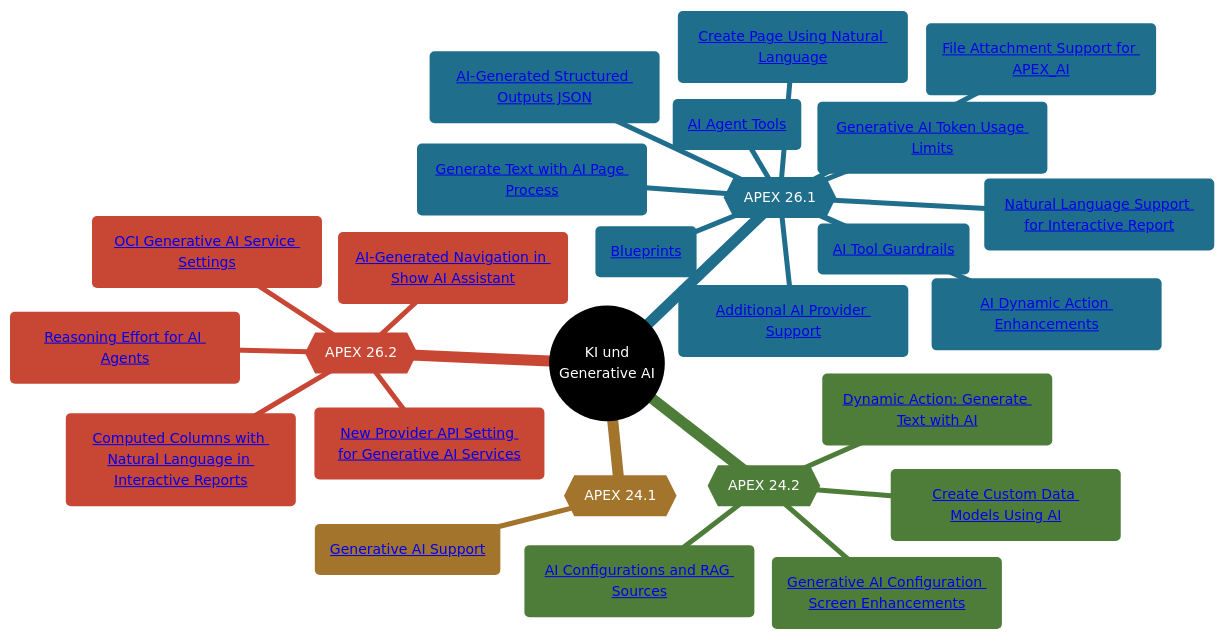
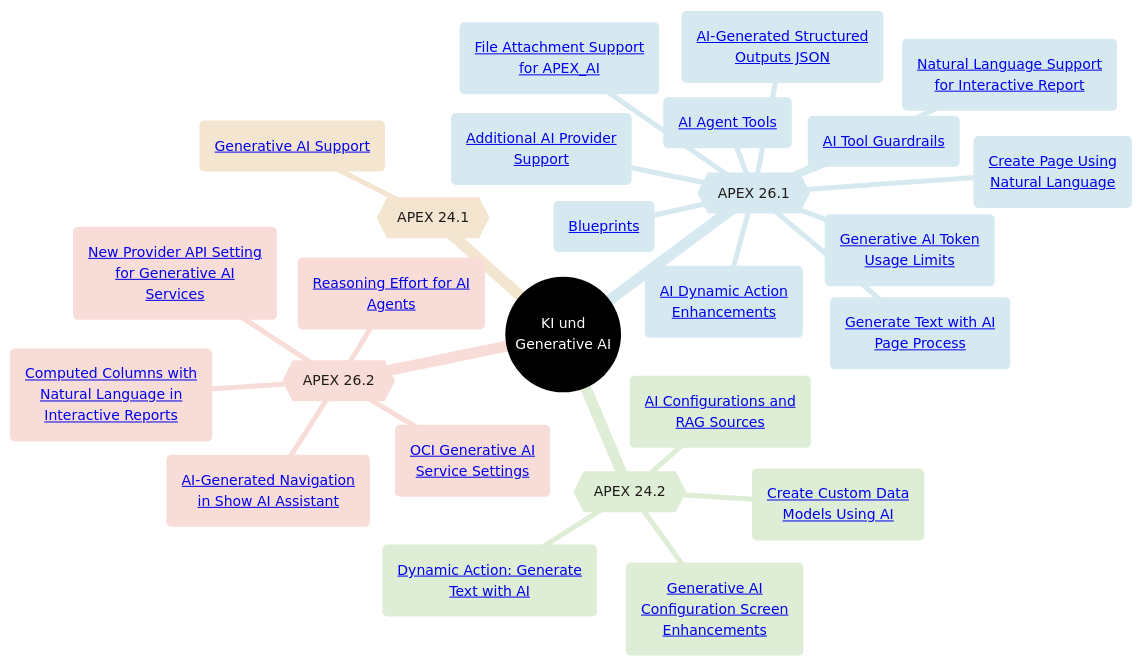
Before and after one commit to Nafets-Rezlop/apxnfo: the second of 3 diagrams in mindmap-ki-test.md, drawn with Mermaid. The commit also changed other lines of this file, not shown here.

Commit message:
Test: KI-Mindmap mit hellen Farben und Zeilenumbruch
Claude-Session: https://claude.ai/code/session_012pd2kUotvyJHEfAwAnqqQM

````diff
--- a/mindmap-ki-test.md
+++ b/mindmap-ki-test.md
@@ -59,49 +59,49 @@
 ```mermaid
 ---
 config:
   theme: base
   themeVariables:
     fontFamily: "Segoe UI, Helvetica, Arial, sans-serif"
     fontSize: 14px
     primaryColor: "#312D2A"
     primaryTextColor: "#ffffff"
     lineColor: "#C74634"
     cScale0: "#312D2A"
     cScaleLabel0: "#ffffff"
-    cScale1: "#C74634"
-    cScaleLabel1: "#ffffff"
-    cScale2: "#1F6E8C"
-    cScaleLabel2: "#ffffff"
-    cScale3: "#4E7D3A"
-    cScaleLabel3: "#ffffff"
-    cScale4: "#A3742C"
-    cScaleLabel4: "#ffffff"
+    cScale1: "#F7DCD7"
+    cScaleLabel1: "#1F1B18"
+    cScale2: "#D6E9F1"
+    cScaleLabel2: "#1F1B18"
+    cScale3: "#DEEDD6"
+    cScaleLabel3: "#1F1B18"
+    cScale4: "#F3E5CF"
+    cScaleLabel4: "#1F1B18"
 ---
 mindmap
   root(("KI und<br/>Generative AI"))
     r262{{"APEX 26.2"}}
-      f262_0("<a href='https://docs.oracle.com/en/database/oracle/apex/26.2/htmrn/new-features.html#GUID-E3EC1EE4-8A4E-4CBE-9303-D5C170FA6DC9'>Reasoning Effort for AI Agents</a>")
-      f262_1("<a href='https://docs.oracle.com/en/database/oracle/apex/26.2/htmrn/new-features.html#GUID-31C88C7A-697C-46D6-AA1B-8C61D73A3607'>New Provider API Setting for Generative AI Services</a>")
-      f262_2("<a href='https://docs.oracle.com/en/database/oracle/apex/26.2/htmrn/new-features.html#GUID-112154A3-8209-4129-A363-DCF87183818D'>OCI Generative AI Service Settings</a>")
-      f262_3("<a href='https://docs.oracle.com/en/database/oracle/apex/26.2/htmrn/new-features.html#GUID-6AAA6EDC-D109-40FF-AFE4-B3BFEF064105'>AI-Generated Navigation in Show AI Assistant</a>")
-      f262_4("<a href='https://docs.oracle.com/en/database/oracle/apex/26.2/htmrn/new-features.html#GUID-4B21AEBB-7A81-4DB8-9ECD-9728E64C0AA8'>Computed Columns with Natural Language in Interactive Reports</a>")
+      f262_0("<a href='https://docs.oracle.com/en/database/oracle/apex/26.2/htmrn/new-features.html#GUID-E3EC1EE4-8A4E-4CBE-9303-D5C170FA6DC9'>Reasoning Effort for AI<br/>Agents</a>")
+      f262_1("<a href='https://docs.oracle.com/en/database/oracle/apex/26.2/htmrn/new-features.html#GUID-31C88C7A-697C-46D6-AA1B-8C61D73A3607'>New Provider API Setting<br/>for Generative AI<br/>Services</a>")
+      f262_2("<a href='https://docs.oracle.com/en/database/oracle/apex/26.2/htmrn/new-features.html#GUID-112154A3-8209-4129-A363-DCF87183818D'>OCI Generative AI<br/>Service Settings</a>")
+      f262_3("<a href='https://docs.oracle.com/en/database/oracle/apex/26.2/htmrn/new-features.html#GUID-6AAA6EDC-D109-40FF-AFE4-B3BFEF064105'>AI-Generated Navigation<br/>in Show AI Assistant</a>")
+      f262_4("<a href='https://docs.oracle.com/en/database/oracle/apex/26.2/htmrn/new-features.html#GUID-4B21AEBB-7A81-4DB8-9ECD-9728E64C0AA8'>Computed Columns with<br/>Natural Language in<br/>Interactive Reports</a>")
     r261{{"APEX 26.1"}}
-      f261_5("<a href='https://docs.oracle.com/en/database/oracle/apex/26.1/htmrn/new-features.html#GUID-97FD585A-B2FE-4D83-8EC9-B014CFA94A4F'>Natural Language Support for Interactive Report</a>")
-      f261_6("<a href='https://docs.oracle.com/en/database/oracle/apex/26.1/htmrn/new-features.html#GUID-65875D64-78DE-48CF-B9AE-1AD535FBC62A'>Create Page Using Natural Language</a>")
+      f261_5("<a href='https://docs.oracle.com/en/database/oracle/apex/26.1/htmrn/new-features.html#GUID-97FD585A-B2FE-4D83-8EC9-B014CFA94A4F'>Natural Language Support<br/>for Interactive Report</a>")
+      f261_6("<a href='https://docs.oracle.com/en/database/oracle/apex/26.1/htmrn/new-features.html#GUID-65875D64-78DE-48CF-B9AE-1AD535FBC62A'>Create Page Using<br/>Natural Language</a>")
       f261_7("<a href='https://docs.oracle.com/en/database/oracle/apex/26.1/htmrn/new-features.html#GUID-D8D70E73-BF6C-4CF3-8B3A-B20C2463AA92'>AI Agent Tools</a>")
       f261_8("<a href='https://docs.oracle.com/en/database/oracle/apex/26.1/htmrn/new-features.html#GUID-D4DFB073-9A1D-4819-89BB-E223189FA7EA'>AI Tool Guardrails</a>")
-      f261_9("<a href='https://docs.oracle.com/en/database/oracle/apex/26.1/htmrn/new-features.html#GUID-64E68A65-83E3-4E27-BB9B-6A93491E3360'>Generate Text with AI Page Process</a>")
-      f261_10("<a href='https://docs.oracle.com/en/database/oracle/apex/26.1/htmrn/new-features.html#GUID-32B7FD4E-822A-4F31-995A-49629F46D05E'>AI-Generated Structured Outputs JSON</a>")
-      f261_11("<a href='https://docs.oracle.com/en/database/oracle/apex/26.1/htmrn/new-features.html#GUID-90A11DF5-356B-498D-8305-C0F4358265FA'>Generative AI Token Usage Limits</a>")
-      f261_12("<a href='https://docs.oracle.com/en/database/oracle/apex/26.1/htmrn/new-features.html#GUID-2BBD7696-4F50-4DEF-834A-0DA80D26DF57'>Additional AI Provider Support</a>")
-      f261_13("<a href='https://docs.oracle.com/en/database/oracle/apex/26.1/htmrn/new-features.html#GUID-4378479C-E9E8-4D00-9B77-5894E56BDFB8'>AI Dynamic Action Enhancements</a>")
+      f261_9("<a href='https://docs.oracle.com/en/database/oracle/apex/26.1/htmrn/new-features.html#GUID-64E68A65-83E3-4E27-BB9B-6A93491E3360'>Generate Text with AI<br/>Page Process</a>")
+      f261_10("<a href='https://docs.oracle.com/en/database/oracle/apex/26.1/htmrn/new-features.html#GUID-32B7FD4E-822A-4F31-995A-49629F46D05E'>AI-Generated Structured<br/>Outputs JSON</a>")
+      f261_11("<a href='https://docs.oracle.com/en/database/oracle/apex/26.1/htmrn/new-features.html#GUID-90A11DF5-356B-498D-8305-C0F4358265FA'>Generative AI Token<br/>Usage Limits</a>")
+      f261_12("<a href='https://docs.oracle.com/en/database/oracle/apex/26.1/htmrn/new-features.html#GUID-2BBD7696-4F50-4DEF-834A-0DA80D26DF57'>Additional AI Provider<br/>Support</a>")
+      f261_13("<a href='https://docs.oracle.com/en/database/oracle/apex/26.1/htmrn/new-features.html#GUID-4378479C-E9E8-4D00-9B77-5894E56BDFB8'>AI Dynamic Action<br/>Enhancements</a>")
       f261_14("<a href='https://docs.oracle.com/en/database/oracle/apex/26.1/htmrn/new-features.html#GUID-4DEE6D63-8818-419B-9111-769AF8661AD2'>Blueprints</a>")
-      f261_15("<a href='https://docs.oracle.com/en/database/oracle/apex/26.1/htmrn/new-features.html#GUID-D44EA632-F671-46CB-9AF7-B364E8843351'>File Attachment Support for APEX_AI</a>")
+      f261_15("<a href='https://docs.oracle.com/en/database/oracle/apex/26.1/htmrn/new-features.html#GUID-D44EA632-F671-46CB-9AF7-B364E8843351'>File Attachment Support<br/>for APEX_AI</a>")
     r242{{"APEX 24.2"}}
-      f242_16("<a href='https://docs.oracle.com/en/database/oracle/apex/24.2/htmrn/new-features.html#GUID-3E6CC92E-A56C-4002-BC68-072A14D66D86'>Dynamic Action: Generate Text with AI</a>")
-      f242_17("<a href='https://docs.oracle.com/en/database/oracle/apex/24.2/htmrn/new-features.html#GUID-9BE115BE-5CFA-4A68-8FBB-3AFDCAD752FB'>Create Custom Data Models Using AI</a>")
-      f242_18("<a href='https://docs.oracle.com/en/database/oracle/apex/24.2/htmrn/new-features.html#GUID-53C1F273-1F73-4E3F-BFC2-EDA2B1DABA93'>AI Configurations and RAG Sources</a>")
-      f242_19("<a href='https://docs.oracle.com/en/database/oracle/apex/24.2/htmrn/new-features.html#GUID-3E75A967-82A2-42D5-8950-4B050B47507D'>Generative AI Configuration Screen Enhancements</a>")
+      f242_16("<a href='https://docs.oracle.com/en/database/oracle/apex/24.2/htmrn/new-features.html#GUID-3E6CC92E-A56C-4002-BC68-072A14D66D86'>Dynamic Action: Generate<br/>Text with AI</a>")
+      f242_17("<a href='https://docs.oracle.com/en/database/oracle/apex/24.2/htmrn/new-features.html#GUID-9BE115BE-5CFA-4A68-8FBB-3AFDCAD752FB'>Create Custom Data<br/>Models Using AI</a>")
+      f242_18("<a href='https://docs.oracle.com/en/database/oracle/apex/24.2/htmrn/new-features.html#GUID-53C1F273-1F73-4E3F-BFC2-EDA2B1DABA93'>AI Configurations and<br/>RAG Sources</a>")
+      f242_19("<a href='https://docs.oracle.com/en/database/oracle/apex/24.2/htmrn/new-features.html#GUID-3E75A967-82A2-42D5-8950-4B050B47507D'>Generative AI<br/>Configuration Screen<br/>Enhancements</a>")
     r241{{"APEX 24.1"}}
       f241_20("<a href='https://docs.oracle.com/en/database/oracle/apex/24.1/htmrn/new-features.html#GUID-58986BEB-A222-4976-A48E-E364DAD38406'>Generative AI Support</a>")
 ```
````
